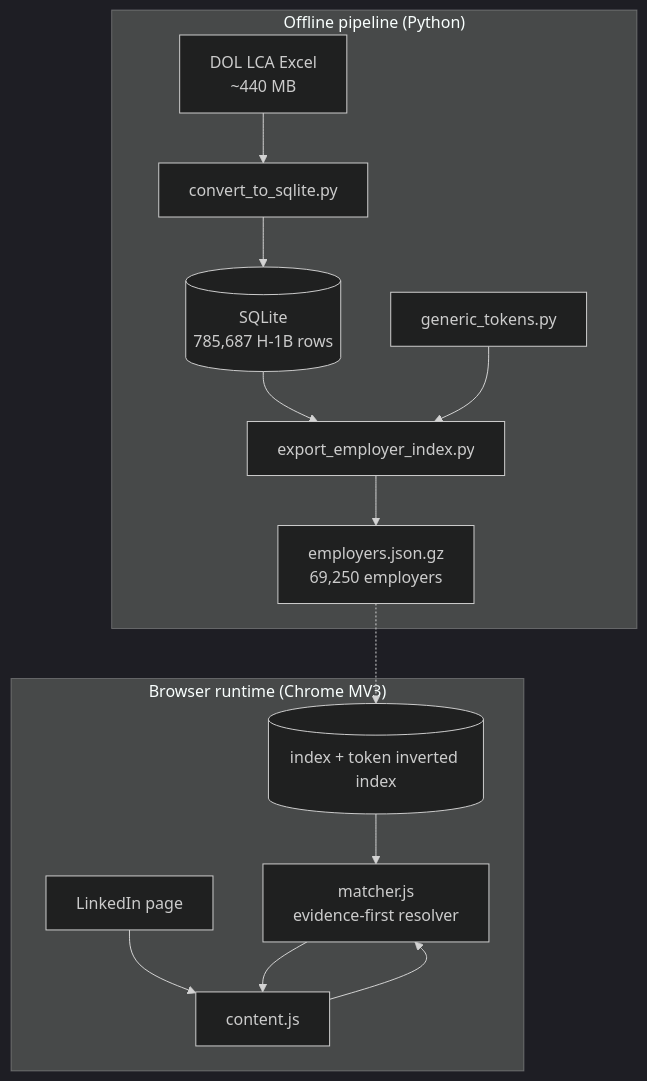
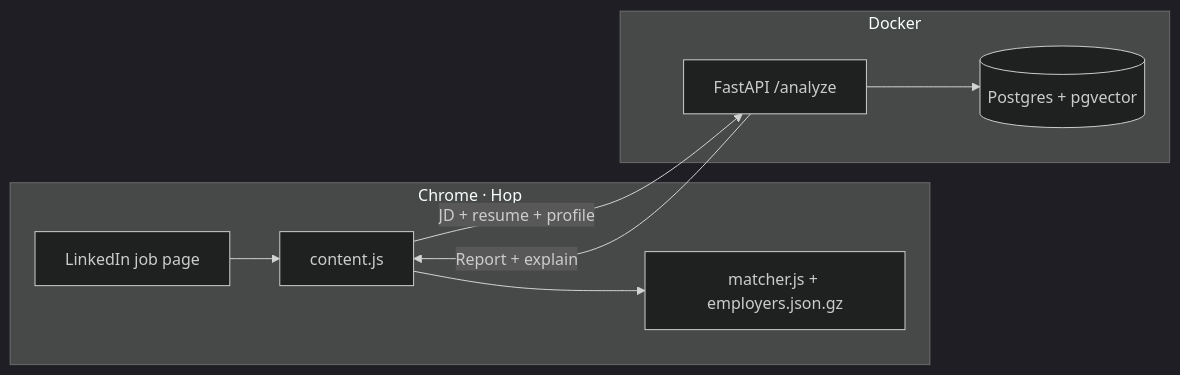
The diagram in README.md (nicole732470/joblens), drawn with Mermaid (dark theme) before and after one commit. The commit also changed other lines of this file and 2 other files, not shown here.

First line of the commit message:
docs: rewrite README for Hop job intelligence platform

````diff
--- a/README.md
+++ b/README.md
@@ -68,22 +60,19 @@
 ```mermaid
-flowchart TB
-  subgraph offline["Offline pipeline (Python)"]
-    XLSX["DOL LCA Excel\n~440 MB"]
-    CONV["convert_to_sqlite.py"]
-    DB[("SQLite\n785,687 H-1B rows")]
-    EXP["export_employer_index.py"]
-    TOK["generic_tokens.py"]
-    GZ["employers.json.gz\n69,250 employers"]
-    XLSX --> CONV --> DB --> EXP
-    TOK --> EXP --> GZ
+flowchart LR
+  subgraph browser["Chrome · Hop"]
+    LI[LinkedIn job page]
+    EXT[content.js]
+    MAT[matcher.js + employers.json.gz]
+    LI --> EXT
+    EXT --> MAT
   end
 
-  subgraph browser["Browser runtime (Chrome MV3)"]
-    LI["LinkedIn page"]
-    CS["content.js"]
-    MAT["matcher.js\nevidence-first resolver"]
-    IDX[("index + token inverted index")]
-    LI --> CS --> MAT
-    GZ -.-> IDX --> MAT --> CS
+  subgraph server["Docker"]
+    API[FastAPI /analyze]
+    PG[(Postgres + pgvector)]
+    API --> PG
   end
+
+  EXT -->|JD + resume + profile| API
+  API -->|Report + explain| EXT
 ```
````
